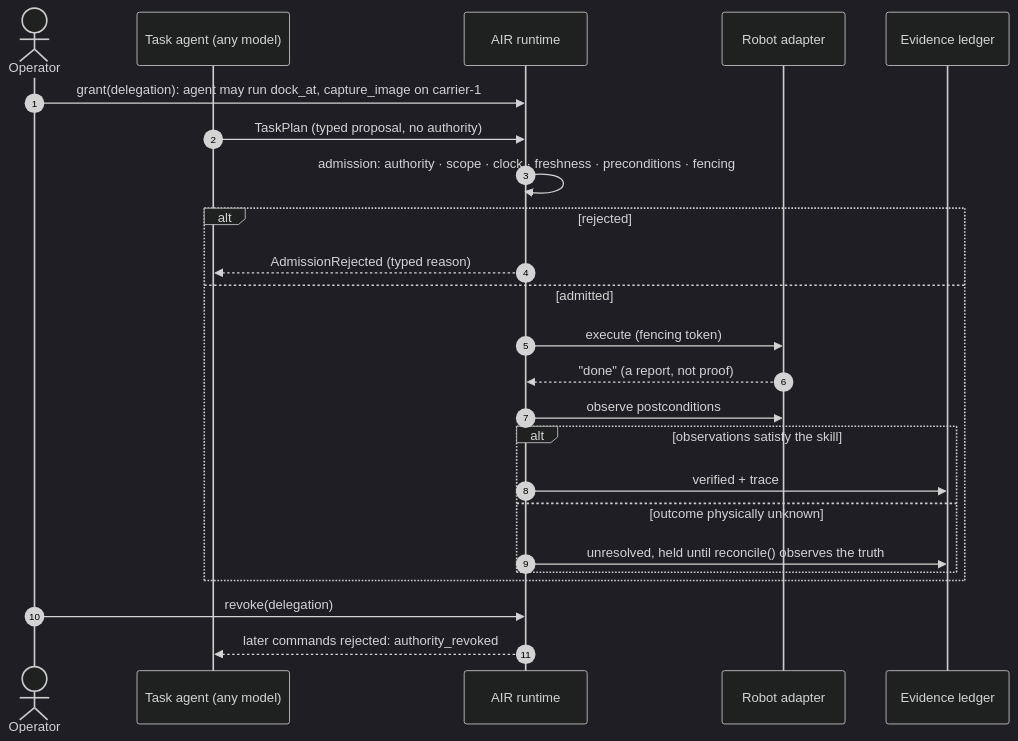
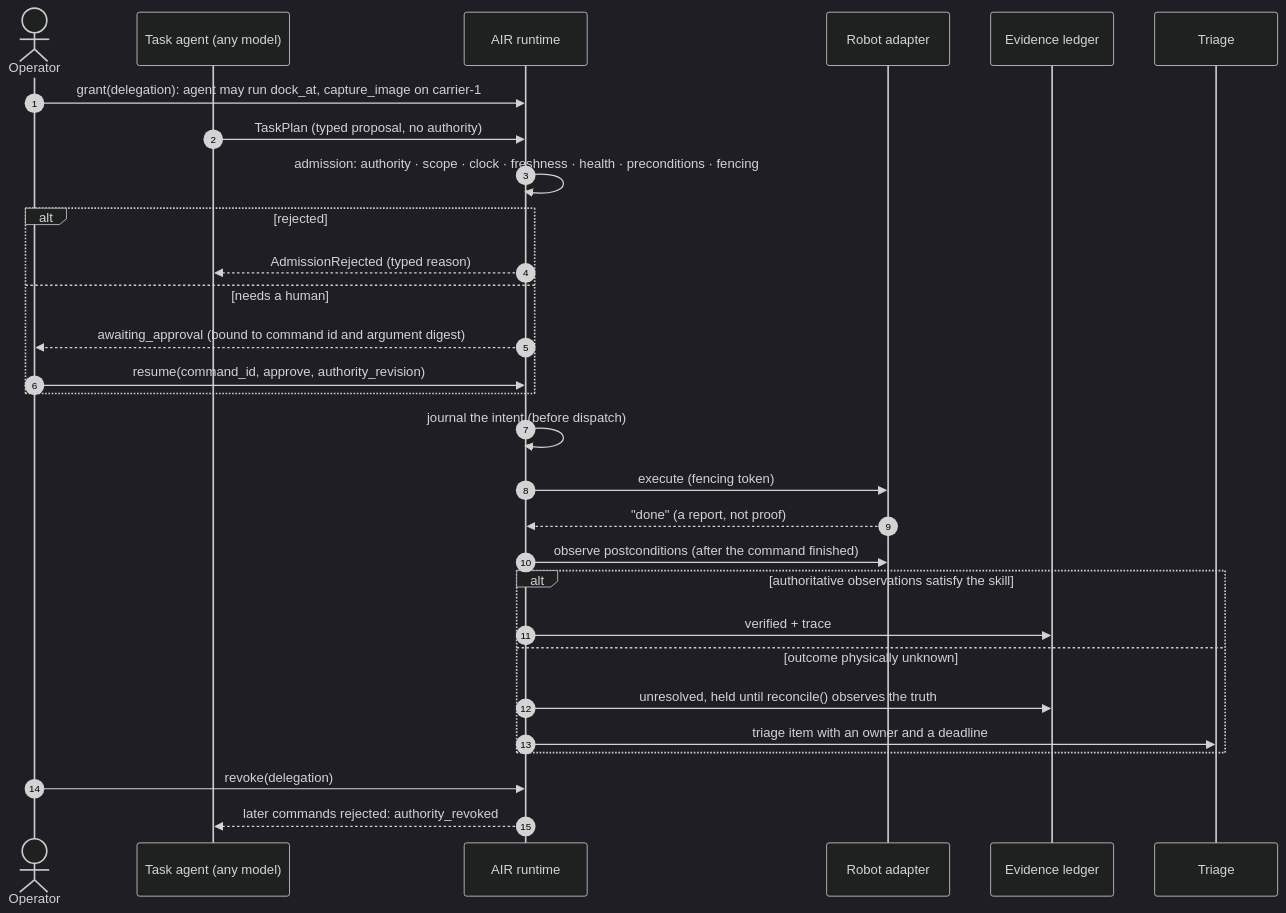
One commit to aroun-coumar/AIR changed the first of 3 diagrams in README.md. Above: the diagram before and after it, drawn with Mermaid (dark theme). The commit also changed other lines of this file, not shown here.

````diff
--- a/README.md
+++ b/README.md
@@ -111,27 +164,32 @@
 ```mermaid
 sequenceDiagram
     autonumber
     actor Op as Operator
     participant Ag as Task agent (any model)
     participant RT as AIR runtime
     participant Rb as Robot adapter
     participant L as Evidence ledger
+    participant T as Triage
 
     Op->>RT: grant(delegation): agent may run dock_at, capture_image on carrier-1
     Ag->>RT: TaskPlan (typed proposal, no authority)
-    RT->>RT: admission: authority · scope · clock · freshness · preconditions · fencing
+    RT->>RT: admission: authority · scope · clock · freshness · health · preconditions · fencing
     alt rejected
         RT-->>Ag: AdmissionRejected (typed reason)
-    else admitted
-        RT->>Rb: execute (fencing token)
-        Rb-->>RT: "done" (a report, not proof)
-        RT->>Rb: observe postconditions
-        alt observations satisfy the skill
-            RT->>L: verified + trace
-        else outcome physically unknown
-            RT->>L: unresolved, held until reconcile() observes the truth
-        end
+    else needs a human
+        RT-->>Op: awaiting_approval (bound to command id and argument digest)
+        Op->>RT: resume(command_id, approve, authority_revision)
+    end
+    RT->>RT: journal the intent (before dispatch)
+    RT->>Rb: execute (fencing token)
+    Rb-->>RT: "done" (a report, not proof)
+    RT->>Rb: observe postconditions (after the command finished)
+    alt authoritative observations satisfy the skill
+        RT->>L: verified + trace
+    else outcome physically unknown
+        RT->>L: unresolved, held until reconcile() observes the truth
+        RT->>T: triage item with an owner and a deadline
     end
     Op->>RT: revoke(delegation)
     RT-->>Ag: later commands rejected: authority_revoked
 ```
````
